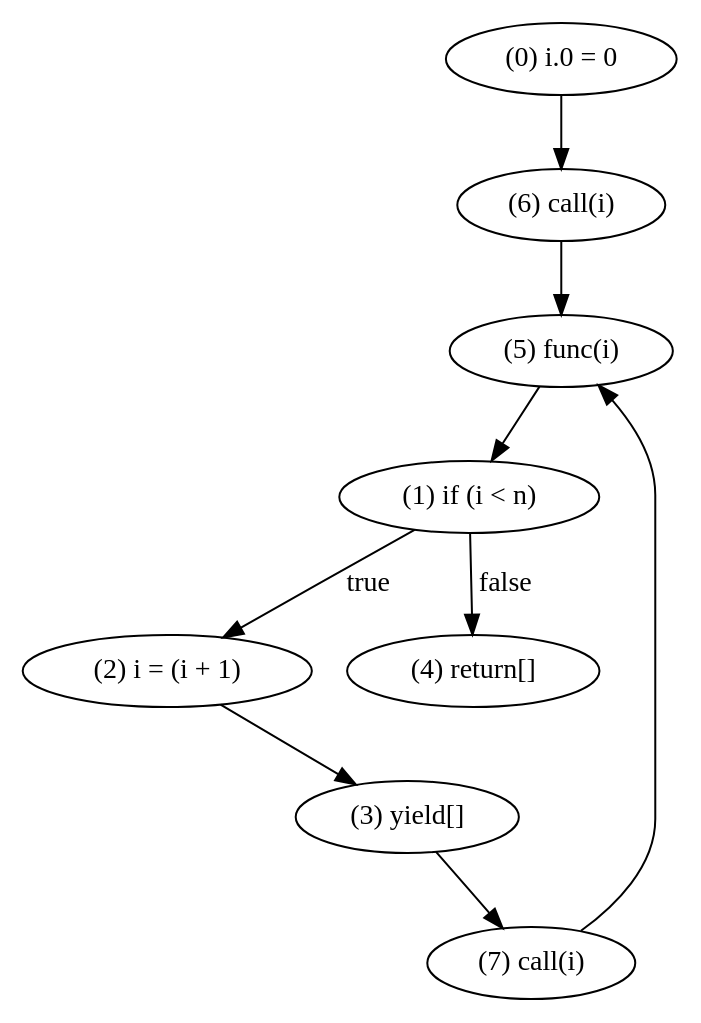
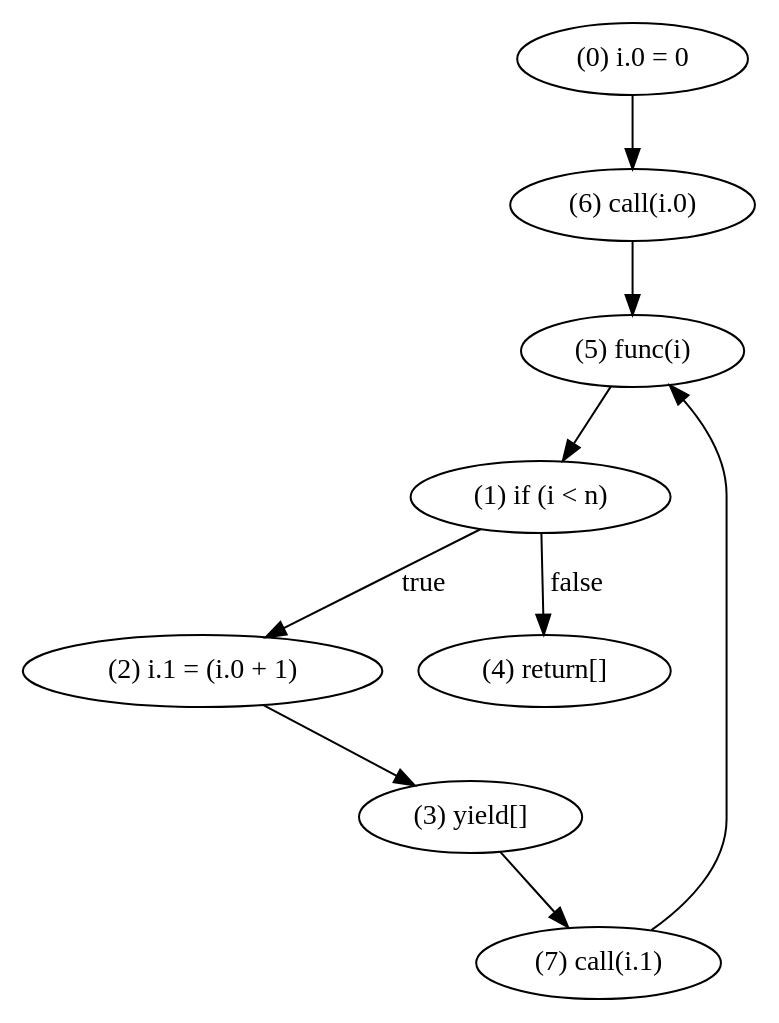
Before and after one commit to WorldofKerry/ToHDL: the diagram in crates/passes/make_ssa.dot, drawn with Graphviz. The commit also changed 1 other file, not shown here.

```diff
--- a/crates/passes/make_ssa.dot
+++ b/crates/passes/make_ssa.dot
@@ -1,18 +1,18 @@
 digraph {
     0 [ label = "(0) i.0 = 0" ]
     1 [ label = "(1) if (i < n)" ]
-    2 [ label = "(2) i = (i + 1)" ]
+    2 [ label = "(2) i.1 = (i.0 + 1)" ]
     3 [ label = "(3) yield[]" ]
     4 [ label = "(4) return[]" ]
     5 [ label = "(5) func(i)" ]
-    6 [ label = "(6) call(i)" ]
-    7 [ label = "(7) call(i)" ]
+    6 [ label = "(6) call(i.0)" ]
+    7 [ label = "(7) call(i.1)" ]
     0 -> 6 [ label = "" ]
     1 -> 4 [ label = "false" ]
     1 -> 2 [ label = "true" ]
     2 -> 3 [ label = "" ]
     3 -> 7 [ label = "" ]
     5 -> 1 [ label = "" ]
     6 -> 5 [ label = "" ]
     7 -> 5 [ label = "" ]
 }
```
